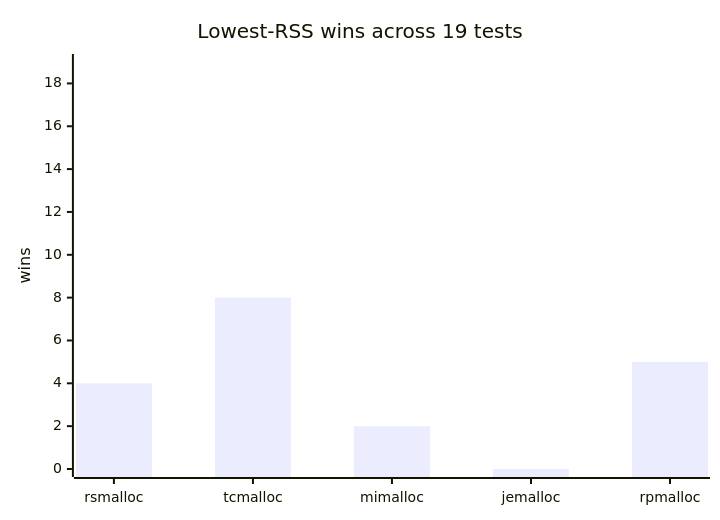
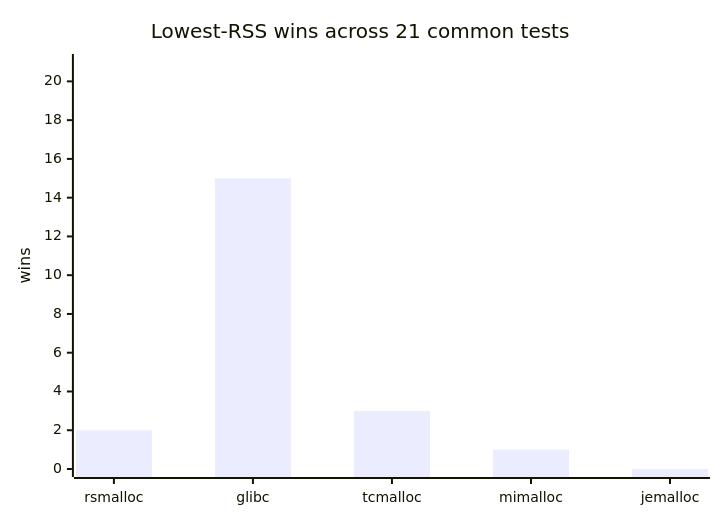
One commit to Metehan120/rsmalloc changed the second of 8 diagrams in benchmarks/benchmarks.md. Above: the diagram before and after it, drawn with Mermaid. The commit also changed other lines of this file and 171 other files, not shown here.

````diff
--- a/benchmarks/benchmarks.md
+++ b/benchmarks/benchmarks.md
@@ -106,7 +87,7 @@
 ```mermaid
 xychart-beta
-    title "Lowest-RSS wins across 19 tests"
-    x-axis [rsmalloc, tcmalloc, mimalloc, jemalloc, rpmalloc]
-    y-axis "wins" 0 --> 19
-    bar [4, 8, 2, 0, 5]
+    title "Lowest-RSS wins across 21 common tests"
+    x-axis [rsmalloc, glibc, tcmalloc, mimalloc, jemalloc]
+    y-axis "wins" 0 --> 21
+    bar [2, 15, 3, 1, 0]
 ```
````
